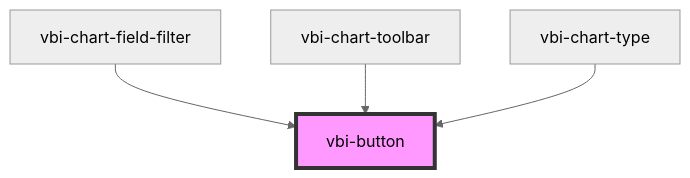
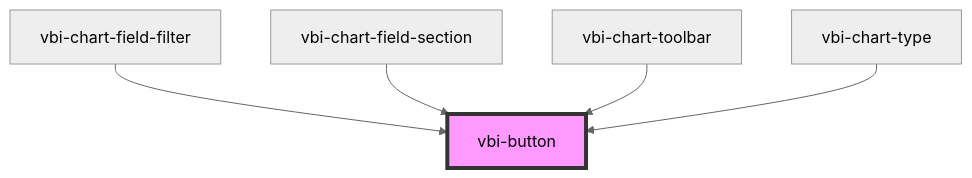
The diagram in packages/vbi-component/src/components/ui/vbi-button/readme.md (Ditto190/VBI-modme), drawn with Mermaid (neutral theme) before and after one commit. The commit also changed other lines of this file and 17 other files, not shown here.

Commit message:
refactor(vbi-component): extract chart field section component and add translations

````diff
--- a/packages/vbi-component/src/components/ui/vbi-button/readme.md
+++ b/packages/vbi-component/src/components/ui/vbi-button/readme.md
@@ -28,7 +29,8 @@
 ```mermaid
 graph TD;
   vbi-chart-field-filter --> vbi-button
+  vbi-chart-field-section --> vbi-button
   vbi-chart-toolbar --> vbi-button
   vbi-chart-type --> vbi-button
   style vbi-button fill:#f9f,stroke:#333,stroke-width:4px
 ```
````
